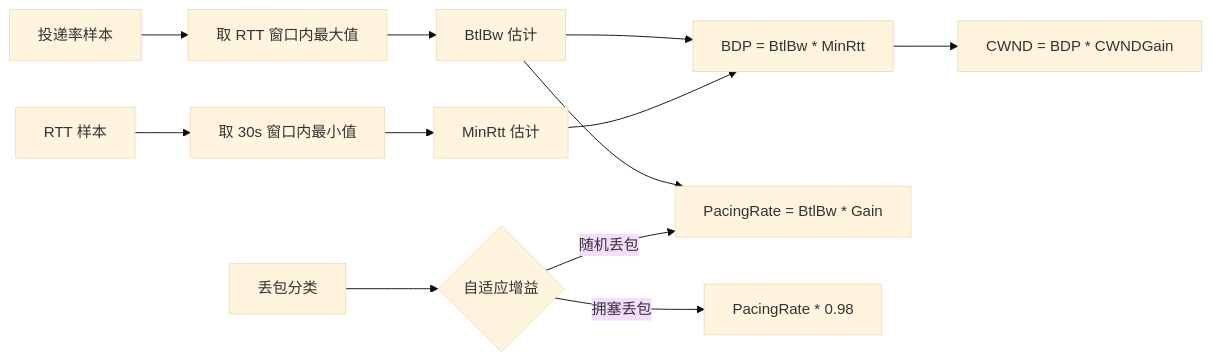
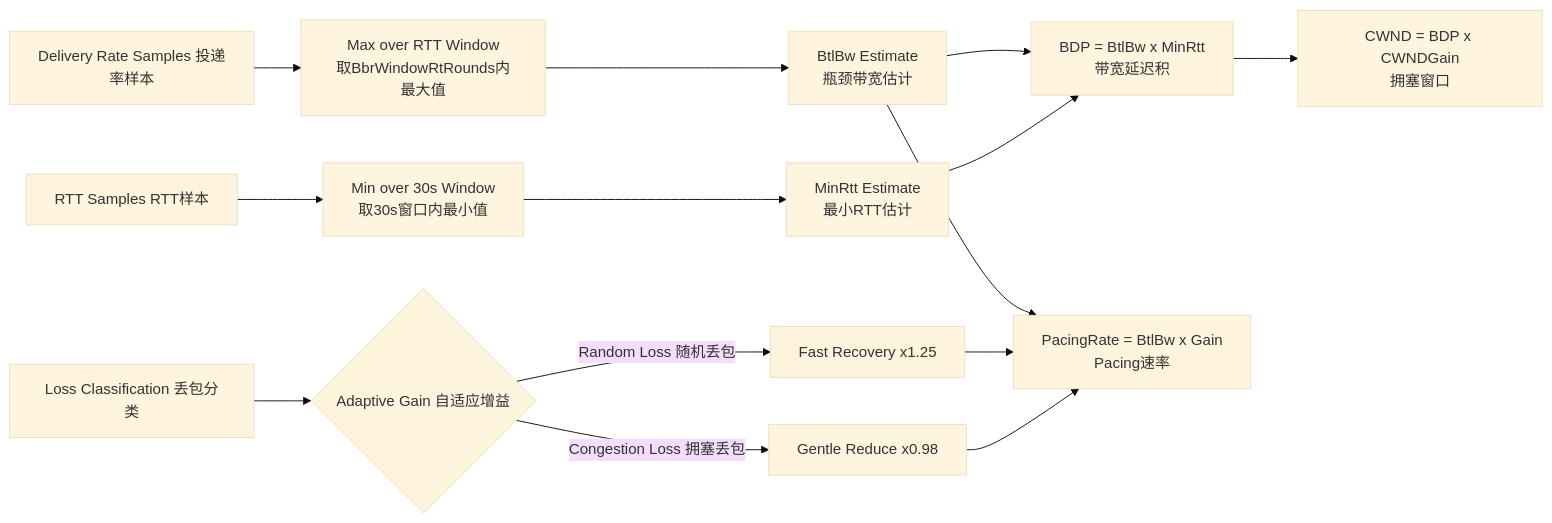
Before and after one commit to liulilittle/ucp: the eighth of 11 diagrams in docs/architecture_CN.md, drawn with Mermaid (base theme). The commit also changed other lines of this file and 43 other files, not shown here.

````diff
--- a/docs/architecture_CN.md
+++ b/docs/architecture_CN.md
@@ -322,17 +314,19 @@
 ```mermaid
 flowchart LR
-    RateSamples[投递率样本] --> MaxFilter[取 RTT 窗口内最大值]
-    MaxFilter --> BtlBw[BtlBw 估计]
-    RTTSamples[RTT 样本] --> MinFilter[取 30s 窗口内最小值]
-    MinFilter --> MinRtt[MinRtt 估计]
-
-    BtlBw --> BDP[BDP = BtlBw * MinRtt]
+    RateSamples["Delivery Rate Samples 投递率样本"] --> MaxFilter["Max over RTT Window<br/>取BbrWindowRtRounds内最大值"]
+    MaxFilter --> BtlBw["BtlBw Estimate<br/>瓶颈带宽估计"]
+    RTTSamples["RTT Samples RTT样本"] --> MinFilter["Min over 30s Window<br/>取30s窗口内最小值"]
+    MinFilter --> MinRtt["MinRtt Estimate<br/>最小RTT估计"]
+    
+    BtlBw --> BDP["BDP = BtlBw x MinRtt<br/>带宽延迟积"]
     MinRtt --> BDP
-
-    BtlBw --> PacingRate[PacingRate = BtlBw * Gain]
-    BDP --> CWND[CWND = BDP * CWNDGain]
-
-    LossClass[丢包分类] --> AdaptiveGain{自适应增益}
-    AdaptiveGain -->|随机丢包| PacingRate
-    AdaptiveGain -->|拥塞丢包| ReducedRate[PacingRate * 0.98]
+    
+    BtlBw --> PacingRate["PacingRate = BtlBw x Gain<br/>Pacing速率"]
+    BDP --> CWND["CWND = BDP x CWNDGain<br/>拥塞窗口"]
+    
+    LossClass["Loss Classification 丢包分类"] --> AdaptiveGain{"Adaptive Gain 自适应增益"}
+    AdaptiveGain -->|"Random Loss 随机丢包"| FastRec["Fast Recovery x1.25"]
+    AdaptiveGain -->|"Congestion Loss 拥塞丢包"| Congestion["Gentle Reduce x0.98"]
+    FastRec --> PacingRate
+    Congestion --> PacingRate
 ```
````
